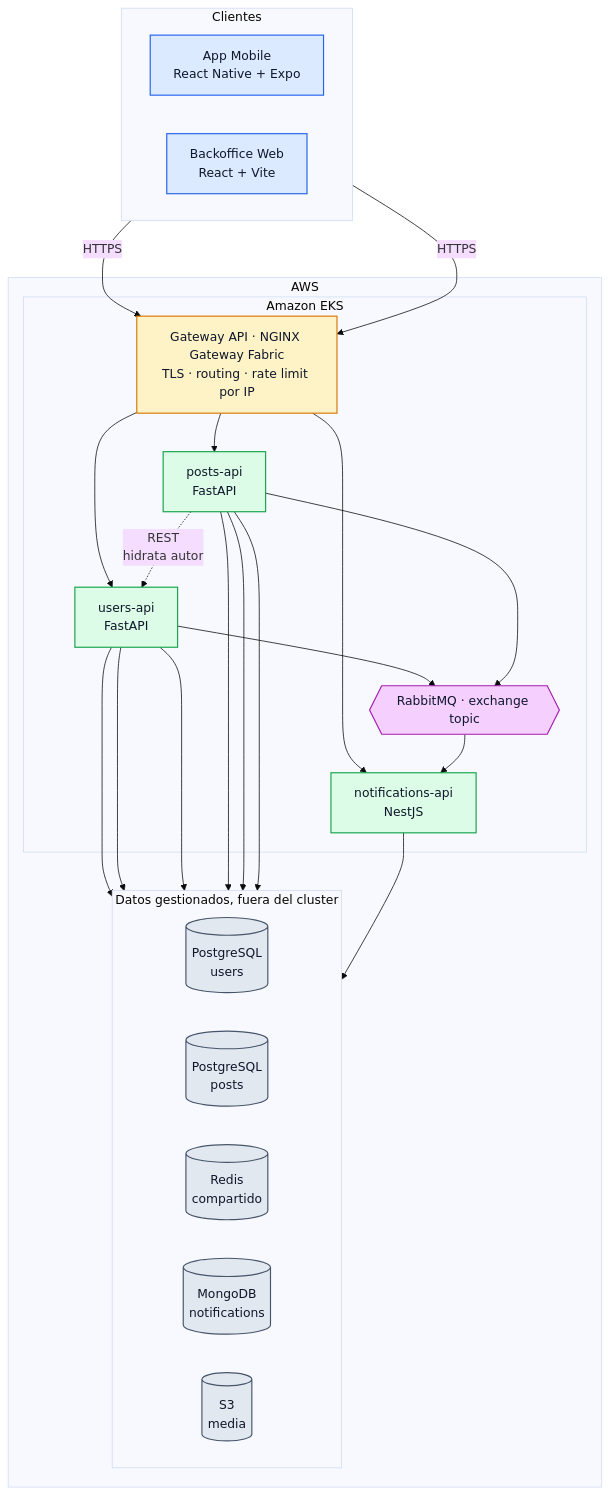
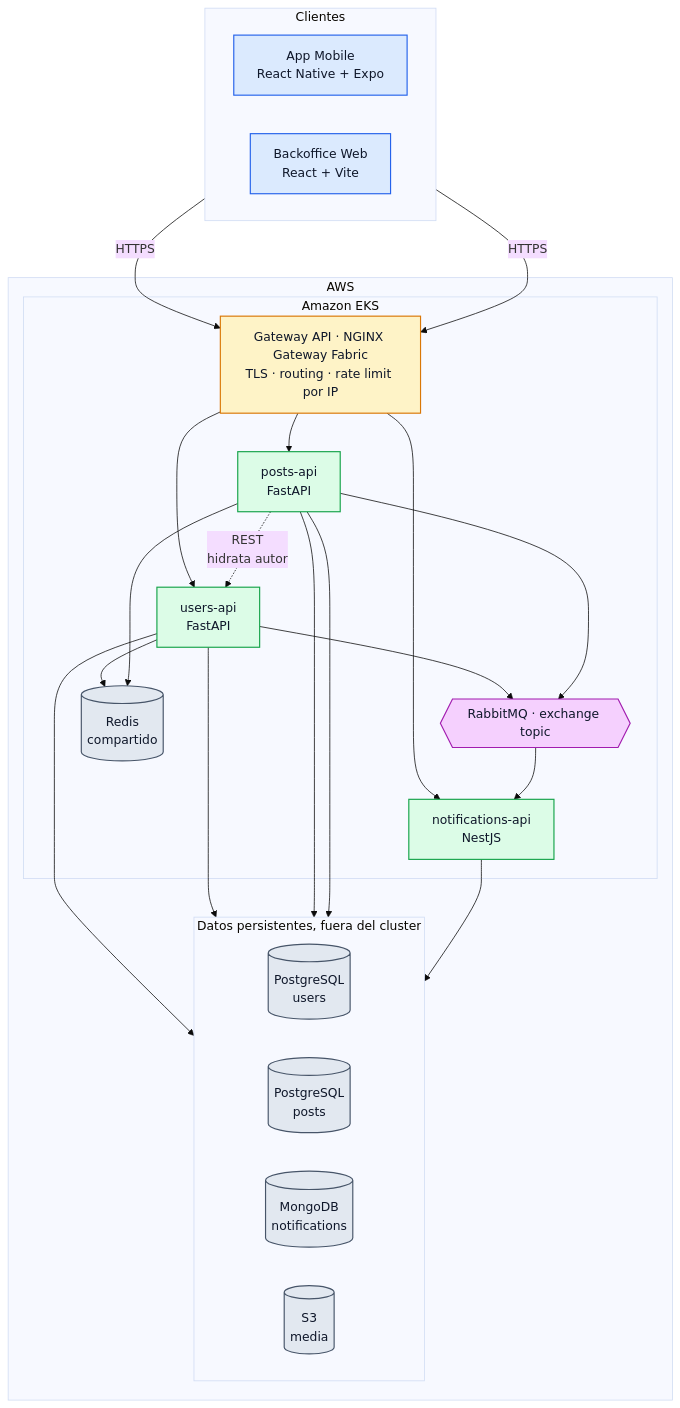
One commit to tds-g3-2s2026/udesa-x-platform changed the second of 7 diagrams in docs/ARQUITECTURA.md. Above: the diagram before and after it, drawn with Mermaid (base theme). The commit also changed other lines of this file, not shown here.

First line of the commit message:
docs: ubicar Redis dentro del cluster y separar bases persistentes de efímeras

````diff
--- a/docs/ARQUITECTURA.md
+++ b/docs/ARQUITECTURA.md
@@ -173,51 +173,51 @@
 ```mermaid
 flowchart TB
     subgraph clientes["Clientes"]
         direction LR
         MOB["App Mobile<br/>React Native + Expo"]
         BO["Backoffice Web<br/>React + Vite"]
     end
     subgraph aws["AWS"]
         subgraph eks["Amazon EKS"]
             ING["Gateway API · NGINX Gateway Fabric<br/>TLS · routing · rate limit por IP"]
             USR["users-api<br/>FastAPI"]
             PST["posts-api<br/>FastAPI"]
             NTF["notifications-api<br/>NestJS"]
             MQ{{"RabbitMQ · exchange topic"}}
+            RED[("Redis<br/>compartido")]
         end
-        subgraph datos["Datos gestionados, fuera del cluster"]
+        subgraph datos["Datos persistentes, fuera del cluster"]
             direction LR
             PGU[("PostgreSQL<br/>users")]
             PGP[("PostgreSQL<br/>posts")]
-            RED[("Redis<br/>compartido")]
             MDB[("MongoDB<br/>notifications")]
             OBJ[("S3<br/>media")]
         end
     end
     MOB -->|HTTPS| ING
     BO -->|HTTPS| ING
     ING --> USR
     ING --> PST
     ING --> NTF
     PST -.->|"REST<br/>hidrata autor"| USR
     USR --> MQ
     PST --> MQ
     MQ --> NTF
     USR --> PGU
     USR --> RED
     USR --> OBJ
     PST --> PGP
     PST --> RED
     PST --> OBJ
     NTF --> MDB
     classDef cliente fill:#dbeafe,stroke:#2563eb,stroke-width:1.5px,color:#0f172a
     classDef borde fill:#fef3c7,stroke:#d97706,stroke-width:1.5px,color:#0f172a
     classDef svc fill:#dcfce7,stroke:#16a34a,stroke-width:1.5px,color:#0f172a
     classDef bus fill:#f5d0fe,stroke:#a21caf,stroke-width:1.5px,color:#0f172a
     classDef store fill:#e2e8f0,stroke:#475569,stroke-width:1.5px,color:#0f172a
     class MOB,BO cliente
     class ING borde
     class USR,PST,NTF svc
     class MQ bus
     class PGU,PGP,RED,MDB,OBJ store
 ```
````
